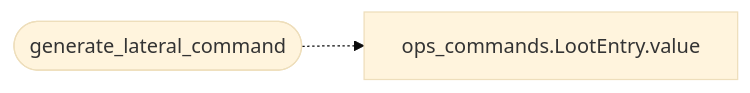
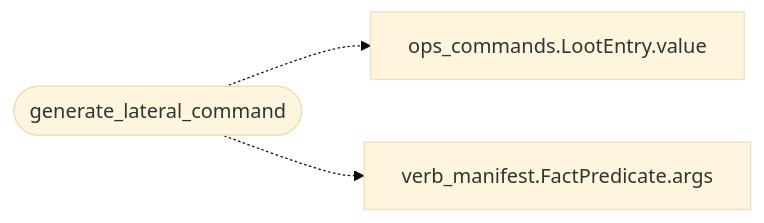
The diagram in readmenator-apidocs/modules/plugins.generate_lateral_command.lua.md (grisuno/LazyOwn), drawn with Mermaid (base theme) before and after one commit. The commit also changed other lines of this file and 351 other files, not shown here.

````diff
--- a/readmenator-apidocs/modules/plugins.generate_lateral_command.lua.md
+++ b/readmenator-apidocs/modules/plugins.generate_lateral_command.lua.md
@@ -13,6 +13,8 @@
 ```mermaid
 flowchart LR
     n_plugins_generate_lateral_command_lua__generate_lateral_command(["generate_lateral_command"])
     n_cli_ops_commands_py__LootEntry_value["ops_commands.LootEntry.value"]
+    n_modules_verb_manifest_py__FactPredicate_args["verb_manifest.FactPredicate.args"]
     n_plugins_generate_lateral_command_lua__generate_lateral_command -.-> n_cli_ops_commands_py__LootEntry_value
+    n_plugins_generate_lateral_command_lua__generate_lateral_command -.-> n_modules_verb_manifest_py__FactPredicate_args
 ```
````
